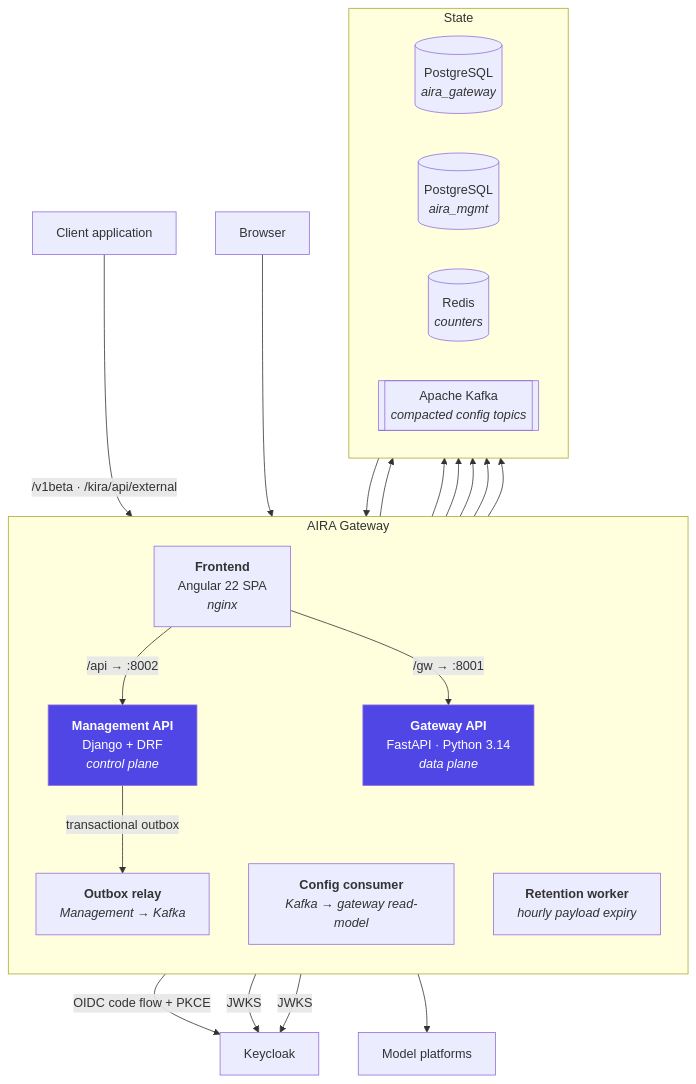
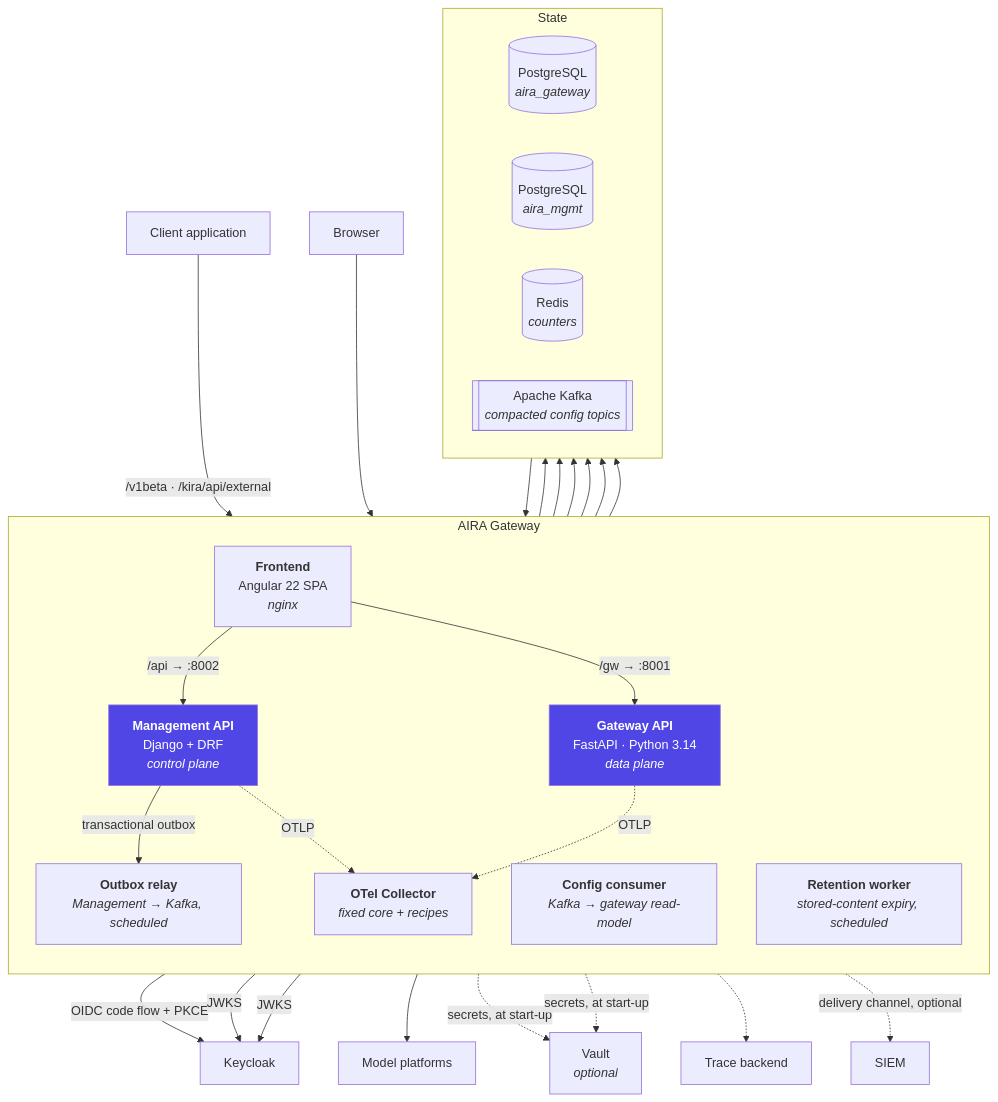
The fifth of 13 diagrams in docs/ARCHITECTURE.md (InigoImago/AIRA-Gateway), drawn with Mermaid before and after one commit. The commit also changed other lines of this file and 179 other files, not shown here.

````diff
--- a/docs/ARCHITECTURE.md
+++ b/docs/ARCHITECTURE.md
@@ -377,48 +448,59 @@
 ```mermaid
 graph TB
     client["Client application"]
     browser["Browser"]
 
     subgraph aira["AIRA Gateway"]
         direction TB
         spa["<b>Frontend</b><br/>Angular 22 SPA<br/><i>nginx</i>"]
         gw["<b>Gateway API</b><br/>FastAPI · Python 3.14<br/><i>data plane</i>"]
         mgmt["<b>Management API</b><br/>Django + DRF<br/><i>control plane</i>"]
-        relay["<b>Outbox relay</b><br/><i>Management → Kafka</i>"]
+        relay["<b>Outbox relay</b><br/><i>Management → Kafka, scheduled</i>"]
         consumer["<b>Config consumer</b><br/><i>Kafka → gateway read-model</i>"]
-        retention["<b>Retention worker</b><br/><i>hourly payload expiry</i>"]
+        retention["<b>Retention worker</b><br/><i>stored-content expiry, scheduled</i>"]
+        collector["<b>OTel Collector</b><br/><i>fixed core + recipes</i>"]
     end
 
     subgraph stores["State"]
         direction LR
         pgw[("PostgreSQL<br/><i>aira_gateway</i>")]
         pgm[("PostgreSQL<br/><i>aira_mgmt</i>")]
         redis[("Redis<br/><i>counters</i>")]
         kafka[["Apache Kafka<br/><i>compacted config topics</i>"]]
     end
 
     idp["Keycloak"]
+    vault["Vault<br/><i>optional</i>"]
     models["Model platforms"]
+    traces["Trace backend"]
+    siem["SIEM"]
 
     client -->|"/v1beta · /kira/api/external"| gw
     browser --> spa
     spa -->|"/api → :8002"| mgmt
     spa -->|"/gw → :8001"| gw
     spa -->|"OIDC code flow + PKCE"| idp
 
     gw --> pgw
     gw --> redis
     gw --> models
     gw -->|"JWKS"| idp
     mgmt --> pgm
     mgmt -->|"JWKS"| idp
+    gw -.->|"secrets, at start-up"| vault
+    mgmt -.->|"secrets, at start-up"| vault
 
     mgmt -->|"transactional outbox"| relay
     relay --> kafka
     kafka --> consumer
     consumer --> pgw
     retention --> pgw
 
+    gw -.->|"OTLP"| collector
+    mgmt -.->|"OTLP"| collector
+    collector -.-> traces
+    collector -.->|"delivery channel, optional"| siem
+
     style gw fill:#4f46e5,color:#fff
     style mgmt fill:#4f46e5,color:#fff
 ```
````
